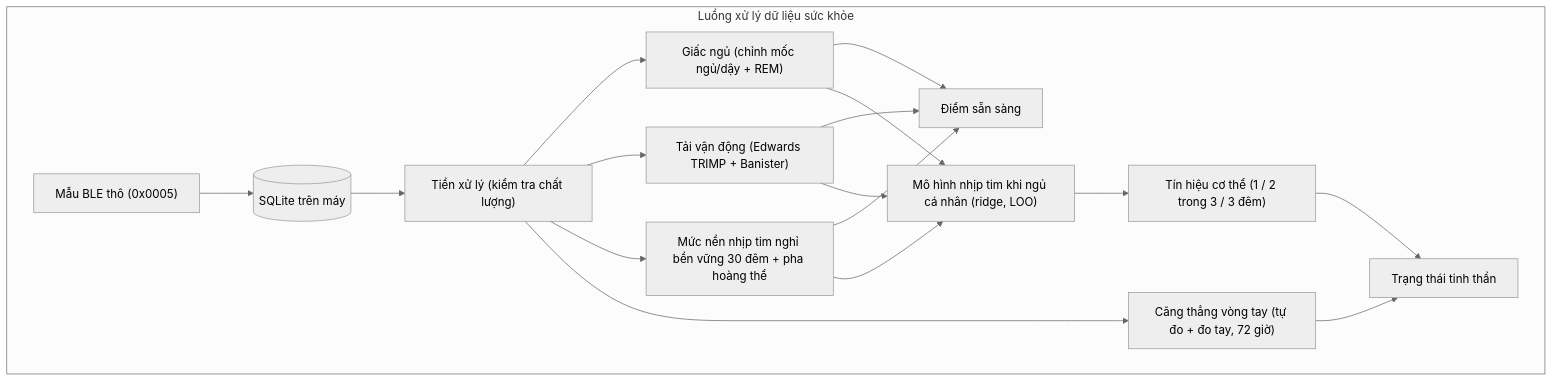
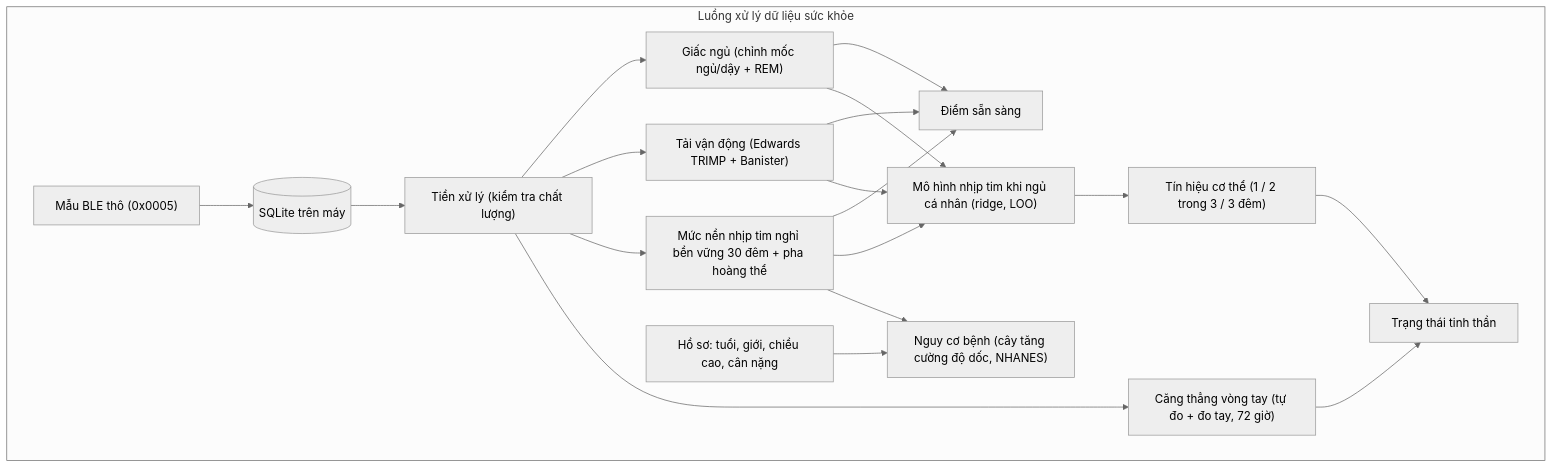
One commit to nhatanhpico/MiBand6 changed the second of 4 diagrams in DANH_GIA.md. Above: the diagram before and after it, drawn with Mermaid (neutral theme). The commit also changed other lines of this file and 5 other files, not shown here.

````diff
--- a/DANH_GIA.md
+++ b/DANH_GIA.md
@@ -148,20 +155,22 @@
 ```mermaid
 graph TD
     subgraph Luồng xử lý dữ liệu sức khỏe
         RawBLE["Mẫu BLE thô (0x0005)"] --> HealthDB[("SQLite trên máy")]
         HealthDB --> Preprocess["Tiền xử lý (kiểm tra chất lượng)"]
         Preprocess --> SleepModel["Giấc ngủ (chỉnh mốc ngủ/dậy + REM)"]
         Preprocess --> TRIMPModel["Tải vận động (Edwards TRIMP + Banister)"]
         Preprocess --> BaselineModel["Mức nền nhịp tim nghỉ bền vững 30 đêm + pha hoàng thể"]
         Preprocess --> StressModel["Căng thẳng vòng tay (tự đo + đo tay, 72 giờ)"]
         SleepModel --> ReadinessCalc["Điểm sẵn sàng"]
         TRIMPModel --> ReadinessCalc
         BaselineModel --> ReadinessCalc
         BaselineModel --> RHRModel["Mô hình nhịp tim khi ngủ cá nhân (ridge, LOO)"]
         TRIMPModel --> RHRModel
         SleepModel --> RHRModel
         RHRModel --> BodySignals["Tín hiệu cơ thể (1 / 2 trong 3 / 3 đêm)"]
         StressModel --> Mind["Trạng thái tinh thần"]
         BodySignals --> Mind
+        Profile["Hồ sơ: tuổi, giới, chiều cao, cân nặng"] --> Risk["Nguy cơ bệnh (cây tăng cường độ dốc, NHANES)"]
+        BaselineModel --> Risk
     end
 ```
````
